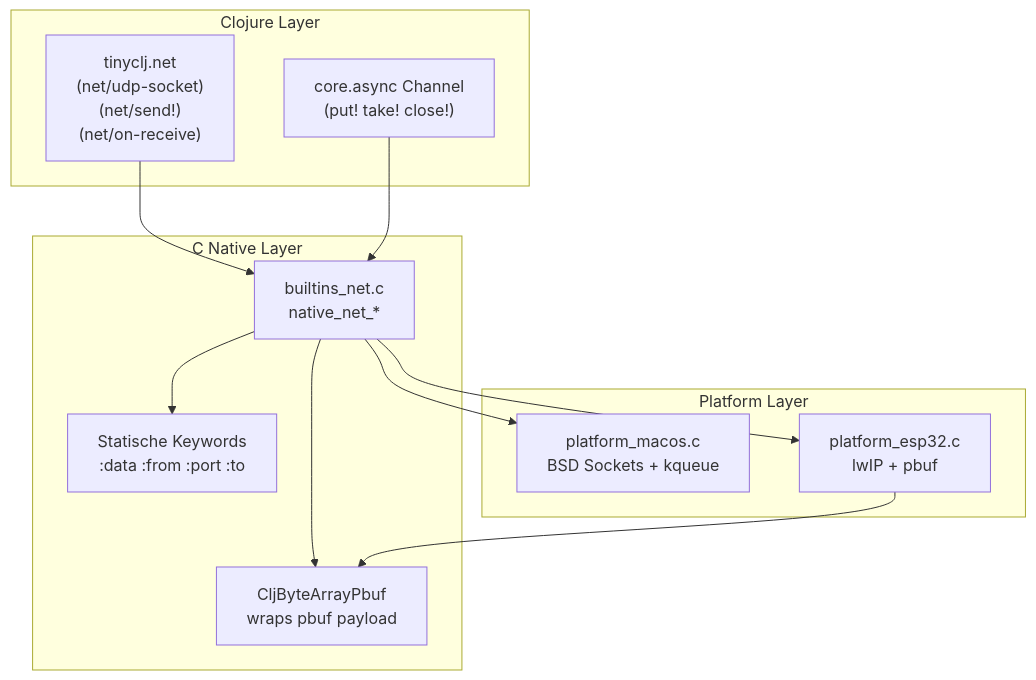
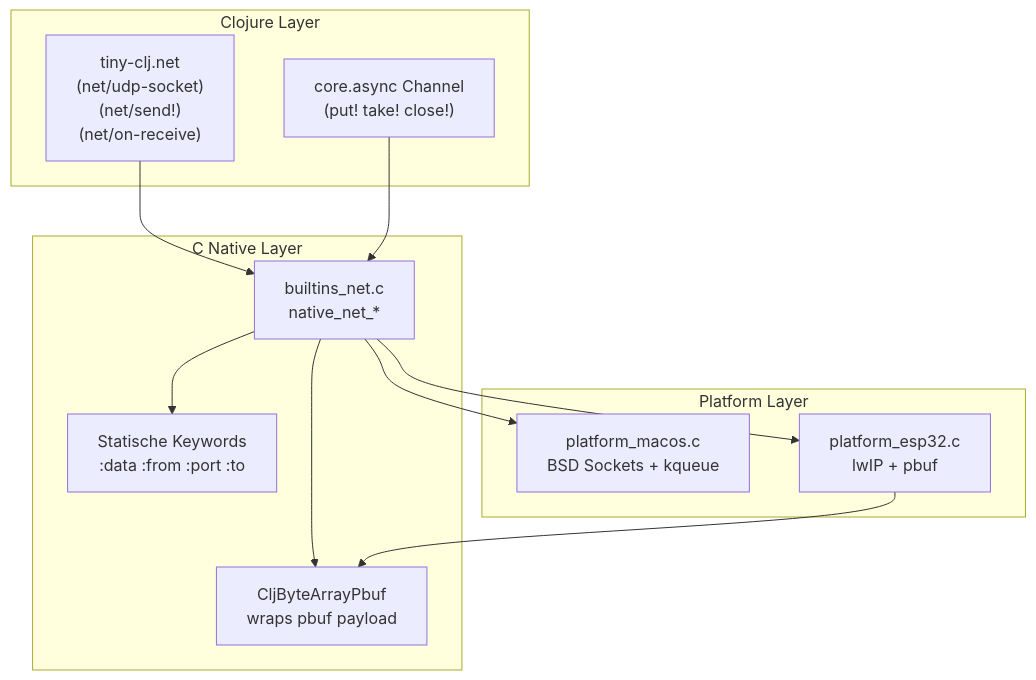
One commit to g3ntleman/tiny-clj changed the diagram in Plans/NETWORK_API_PLAN.md. Above: the diagram before and after it, drawn with Mermaid. The commit also changed other lines of this file and 17 other files, not shown here.

````diff
--- a/Plans/NETWORK_API_PLAN.md
+++ b/Plans/NETWORK_API_PLAN.md
@@ -35,26 +35,26 @@
 ```mermaid
 flowchart TB
     subgraph clj [Clojure Layer]
-        NetAPI["tinyclj.net\n(net/udp-socket)\n(net/send!)\n(net/on-receive)"]
+        NetAPI["tiny-clj.net\n(net/udp-socket)\n(net/send!)\n(net/on-receive)"]
         Channel["core.async Channel\n(put! take! close!)"]
     end
     
     subgraph c [C Native Layer]
         Builtins["builtins_net.c\nnative_net_*"]
         StaticKW["Statische Keywords\n:data :from :port :to"]
         ByteArrayPbuf["CljByteArrayPbuf\nwraps pbuf payload"]
     end
     
     subgraph platform [Platform Layer]
         MacOS["platform_macos.c\nBSD Sockets + kqueue"]
         ESP32["platform_esp32.c\nlwIP + pbuf"]
     end
     
     NetAPI --> Builtins
     Channel --> Builtins
     Builtins --> StaticKW
     Builtins --> ByteArrayPbuf
     Builtins --> MacOS
     Builtins --> ESP32
     ESP32 --> ByteArrayPbuf
 ```
````
